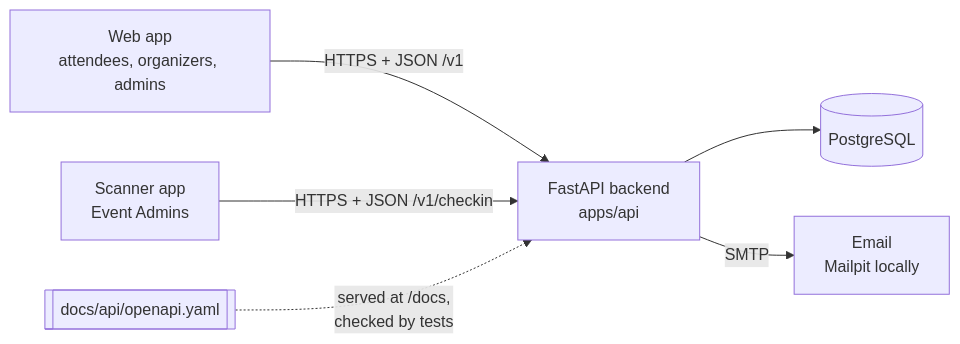
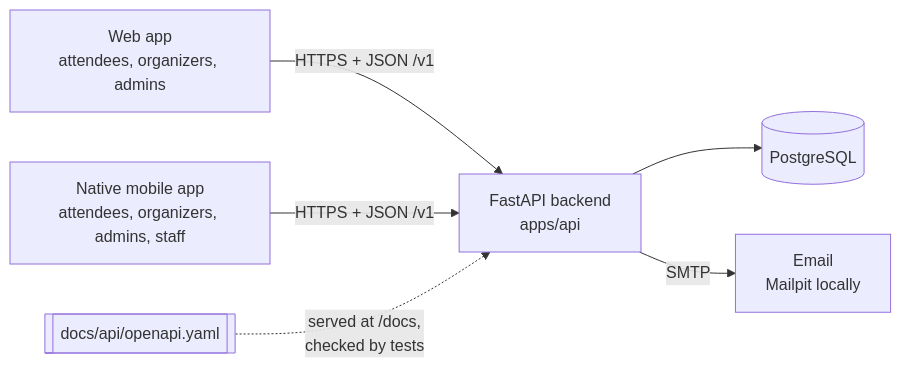
One commit to arsennarik225/ticketflow changed the first of 2 diagrams in docs/architecture.md. Above: the diagram before and after it, drawn with Mermaid. The commit also changed other lines of this file and 32 other files, not shown here.

Commit message:
Mobile: add native website workflows alongside staff scanning

````diff
--- a/docs/architecture.md
+++ b/docs/architecture.md
@@ -3,8 +3,8 @@
 ```mermaid
 flowchart LR
     web["Web app<br/>attendees, organizers, admins"] -->|"HTTPS + JSON /v1"| api
-    mobile["Scanner app<br/>Event Admins"] -->|"HTTPS + JSON /v1/checkin"| api
+    mobile["Native mobile app<br/>attendees, organizers, admins, staff"] -->|"HTTPS + JSON /v1"| api
     api["FastAPI backend<br/>apps/api"] --> db[("PostgreSQL")]
     api -->|"SMTP"| mail["Email<br/>Mailpit locally"]
     contract[["docs/api/openapi.yaml"]] -.->|"served at /docs,<br/>checked by tests"| api
 ```
````
